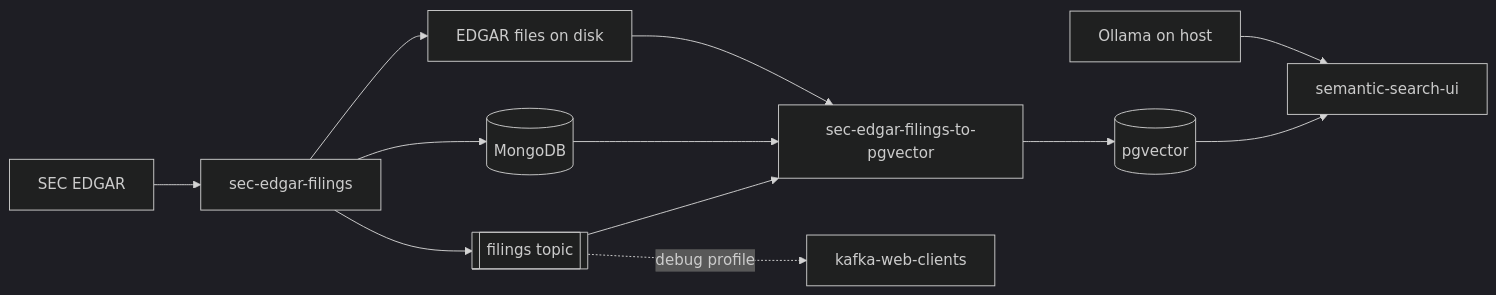
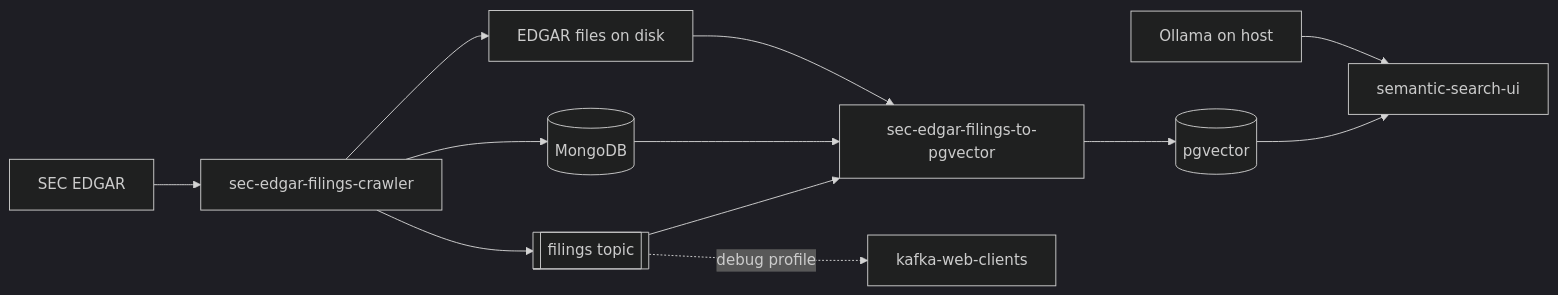
One commit to sanjuthomas/sec-edgar-filings-rag-demo changed the diagram in README.md. Above: the diagram before and after it, drawn with Mermaid (dark theme). The commit also changed other lines of this file and 1 other file, not shown here.

First line of the commit message:
Rename filings service to sec-edgar-filings-crawler image.

````diff
--- a/README.md
+++ b/README.md
@@ -32,17 +32,17 @@
 ```mermaid
 flowchart LR
-    SEC["SEC EDGAR"] --> API["sec-edgar-filings"]
+    SEC["SEC EDGAR"] --> API["sec-edgar-filings-crawler"]
     API --> Mongo[("MongoDB")]
     API --> Kafka[["filings topic"]]
     API --> Disk["EDGAR files on disk"]
 
     Kafka --> ETL["sec-edgar-filings-to-pgvector"]
     Mongo --> ETL
     Disk --> ETL
     ETL --> PG[("pgvector")]
 
     PG --> UI["semantic-search-ui"]
     Ollama["Ollama on host"] --> UI
 
     Kafka -.->|debug profile| KWC["kafka-web-clients"]
 ```
````
